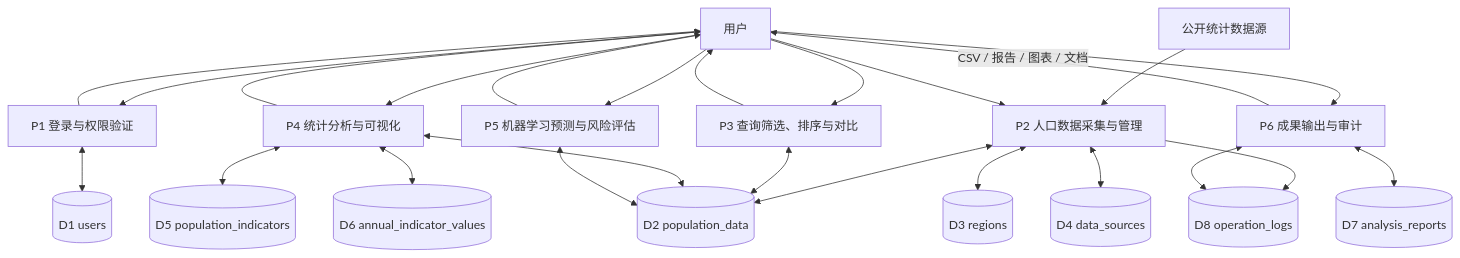
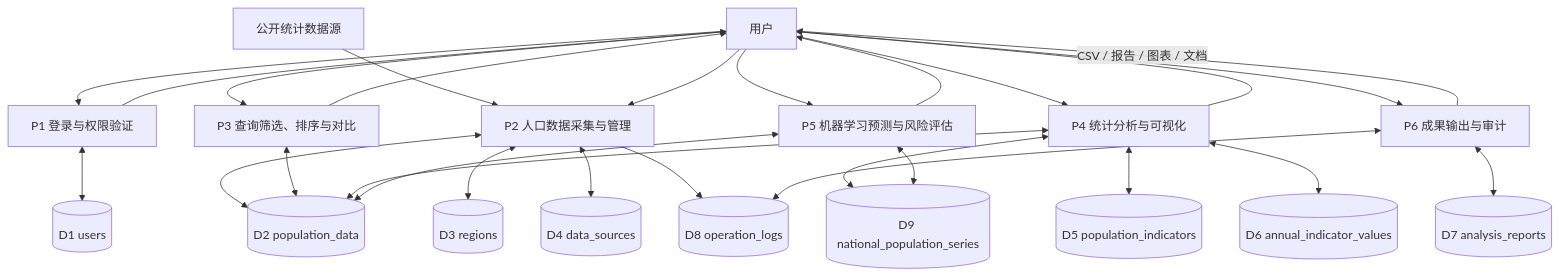
The third of 5 diagrams in docs/ER_DFD.md (FanTuani/Population-Insight), drawn with Mermaid before and after one commit. The commit also changed other lines of this file and 24 other files, not shown here.

Commit message:
Enhance population insight dashboard and national series

````diff
--- a/docs/ER_DFD.md
+++ b/docs/ER_DFD.md
@@ -126,51 +144,54 @@
 ```mermaid
 flowchart TB
     user["用户"]
     source["公开统计数据源"]
 
     p1["P1 登录与权限验证"]
     p2["P2 人口数据采集与管理"]
     p3["P3 查询筛选、排序与对比"]
     p4["P4 统计分析与可视化"]
     p5["P5 机器学习预测与风险评估"]
     p6["P6 成果输出与审计"]
 
     d1[("D1 users")]
     d2[("D2 population_data")]
     d3[("D3 regions")]
     d4[("D4 data_sources")]
     d5[("D5 population_indicators")]
     d6[("D6 annual_indicator_values")]
     d7[("D7 analysis_reports")]
     d8[("D8 operation_logs")]
+    d9[("D9 national_population_series")]
 
     user --> p1
     p1 <--> d1
     p1 --> user
 
     source --> p2
     user --> p2
     p2 <--> d2
     p2 <--> d3
     p2 <--> d4
     p2 --> d8
 
     user --> p3
     p3 <--> d2
     p3 --> user
 
     user --> p4
     p4 <--> d2
+    p4 <--> d9
     p4 <--> d5
     p4 <--> d6
     p4 --> user
 
     user --> p5
     p5 <--> d2
+    p5 <--> d9
     p5 --> user
 
     user --> p6
     p6 <--> d7
     p6 <--> d8
     p6 -->|"CSV / 报告 / 图表 / 文档"| user
 ```
````
